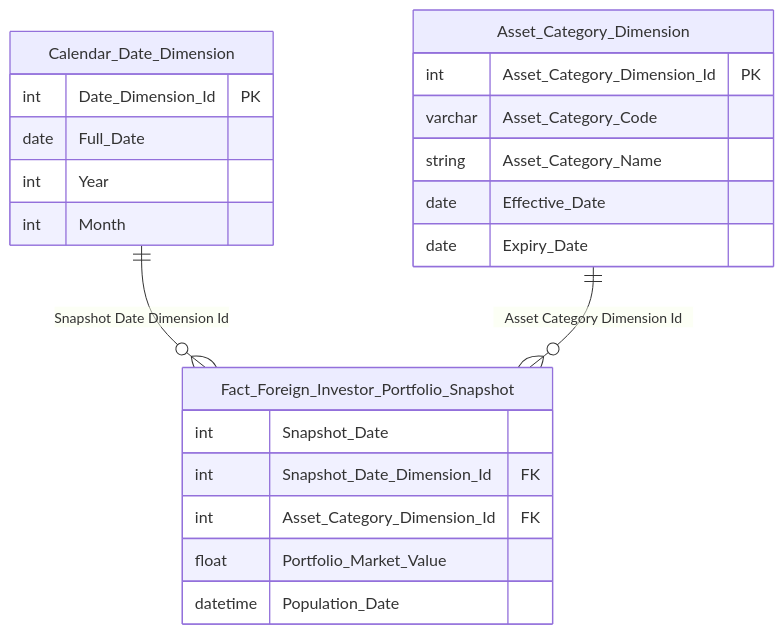
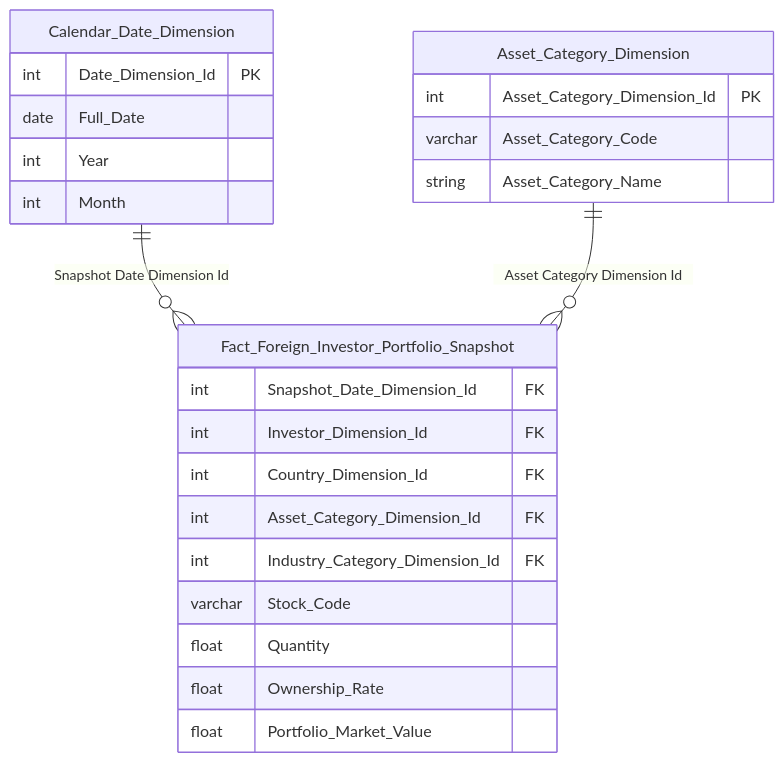
Diagram 17 of 34 in Datamart/hld/DTM_NDTNN_HLD.md (linhlvit/ubck_atomic_design), drawn with Mermaid before and after one commit. The commit also changed other lines of this file and 10 other files, not shown here.

````diff
--- a/Datamart/hld/DTM_NDTNN_HLD.md
+++ b/Datamart/hld/DTM_NDTNN_HLD.md
@@ -821,26 +789,28 @@
 ```mermaid
 erDiagram
     Calendar_Date_Dimension {
         int Date_Dimension_Id PK
         date Full_Date
         int Year
         int Month
     }
     Asset_Category_Dimension {
         int Asset_Category_Dimension_Id PK
         varchar Asset_Category_Code
         string Asset_Category_Name
-        date Effective_Date
-        date Expiry_Date
     }
     Fact_Foreign_Investor_Portfolio_Snapshot {
-        int Snapshot_Date
         int Snapshot_Date_Dimension_Id FK
+        int Investor_Dimension_Id FK
+        int Country_Dimension_Id FK
         int Asset_Category_Dimension_Id FK
+        int Industry_Category_Dimension_Id FK
+        varchar Stock_Code
+        float Quantity
+        float Ownership_Rate
         float Portfolio_Market_Value
-        datetime Population_Date
     }
 
     Calendar_Date_Dimension ||--o{ Fact_Foreign_Investor_Portfolio_Snapshot : "Snapshot Date Dimension Id"
     Asset_Category_Dimension ||--o{ Fact_Foreign_Investor_Portfolio_Snapshot : "Asset Category Dimension Id"
 ```
````
